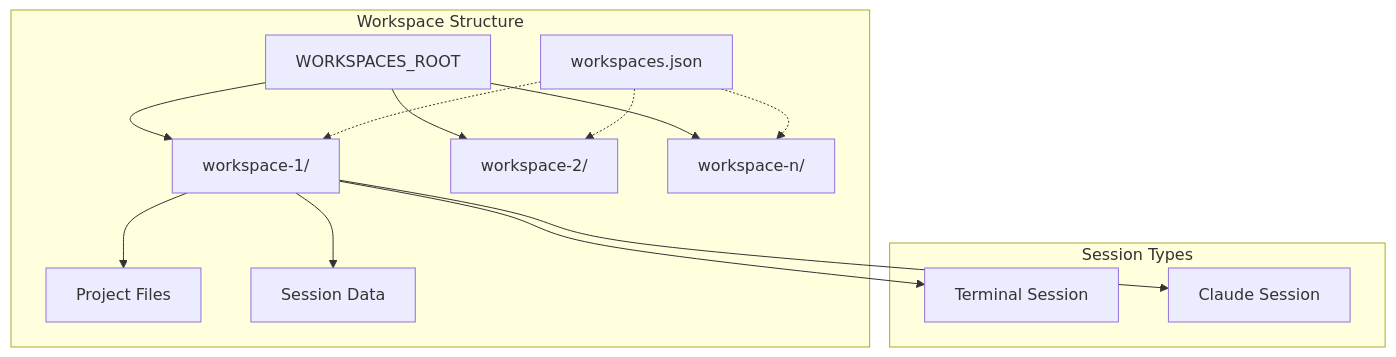
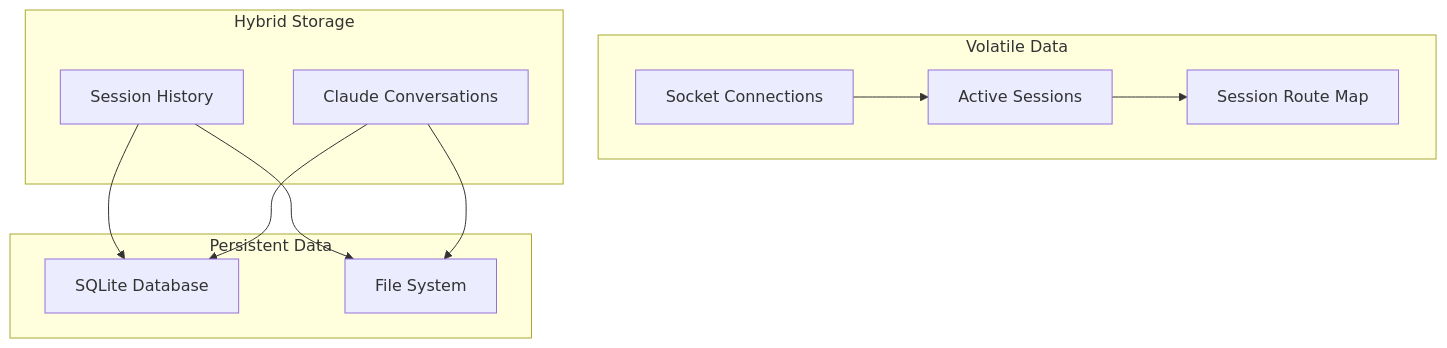
One commit to fwdslsh/dispatch changed the ninth of 13 diagrams in docs/ARCHITECTURE.md. Above: the diagram before and after it, drawn with Mermaid. The commit also changed other lines of this file and 39 other files, not shown here.

First line of the commit message:
Add unit and integration tests for Socket.IO session status and command refresh handlers

````diff
--- a/docs/ARCHITECTURE.md
+++ b/docs/ARCHITECTURE.md
@@ -215,25 +611,27 @@
 ```mermaid
-graph TB
-    subgraph "Workspace Structure"
-        ROOT[WORKSPACES_ROOT]
-        ROOT --> WS1[workspace-1/]
-        ROOT --> WS2[workspace-2/]
-        ROOT --> WSN[workspace-n/]
-
-        WS1 --> FILES1[Project Files]
-        WS1 --> SESSION1[Session Data]
-
-        INDEX[workspaces.json]
-        INDEX -.-> WS1
-        INDEX -.-> WS2
-        INDEX -.-> WSN
+graph TD
+    subgraph "Volatile Data"
+        ActiveSessions[Active Sessions]
+        SocketConnections[Socket Connections]
+        RouteMap[Session Route Map]
     end
-
-    subgraph "Session Types"
-        PTY[Terminal Session]
-        CLAUDE[Claude Session]
+    
+    subgraph "Persistent Data"
+        SQLite[SQLite Database]
+        FileSystem[File System]
     end
-
-    WS1 --> PTY
-    WS1 --> CLAUDE
+    
+    subgraph "Hybrid Storage"
+        SessionHistory[Session History]
+        ClaudeConversations[Claude Conversations]
+    end
+    
+    ActiveSessions --> RouteMap
+    SocketConnections --> ActiveSessions
+    
+    SessionHistory --> SQLite
+    SessionHistory --> FileSystem
+    
+    ClaudeConversations --> FileSystem
+    ClaudeConversations --> SQLite
 ```
````
